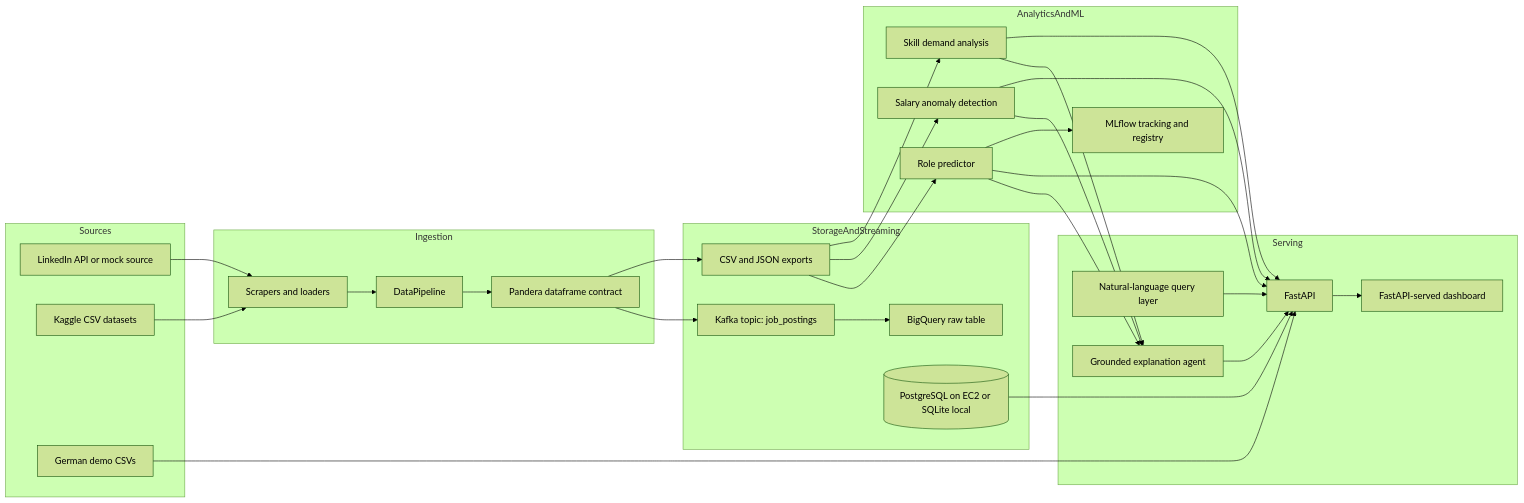
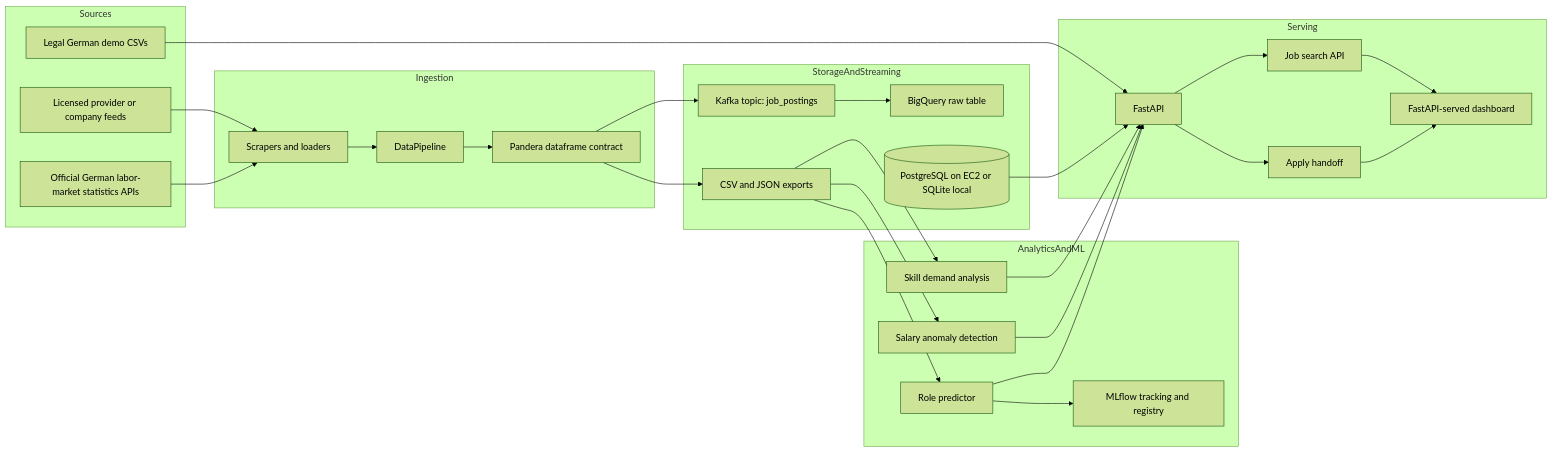
The diagram in README.md (ismail7CAa/job-market-intellegence-platform), drawn with Mermaid (forest theme) before and after one commit. The commit also changed other lines of this file and 4 other files, not shown here.

Commit message:
Document legal German data sourcing strategy

````diff
--- a/README.md
+++ b/README.md
@@ -18,55 +17,51 @@
 ```mermaid
 flowchart LR
     subgraph Sources
-        LI[LinkedIn API or mock source]
-        KG[Kaggle CSV datasets]
-        CSV[German demo CSVs]
+        CSV[Legal German demo CSVs]
+        LP[Licensed provider or company feeds]
+        BA[Official German labor-market statistics APIs]
     end
 
     subgraph Ingestion
         SCR[Scrapers and loaders]
         PIPE[DataPipeline]
         SCHEMA[Pandera dataframe contract]
     end
 
     subgraph StorageAndStreaming
         FILES[CSV and JSON exports]
         KAFKA[Kafka topic: job_postings]
         BQ[BigQuery raw table]
         DB[(PostgreSQL on EC2 or SQLite local)]
     end
 
     subgraph AnalyticsAndML
         SKILL[Skill demand analysis]
         SALARY[Salary anomaly detection]
         ROLE[Role predictor]
         MLFLOW[MLflow tracking and registry]
     end
 
     subgraph Serving
         API[FastAPI]
         WEB[FastAPI-served dashboard]
-        NLP[Natural-language query layer]
-        AGENT[Grounded explanation agent]
+        SEARCH[Job search API]
+        APPLY[Apply handoff]
     end
 
-    LI --> SCR
-    KG --> SCR
+    LP --> SCR
+    BA --> SCR
     CSV --> API
     SCR --> PIPE --> SCHEMA
     SCHEMA --> FILES
     SCHEMA --> KAFKA --> BQ
     DB --> API
     FILES --> SKILL
     FILES --> SALARY
     FILES --> ROLE --> MLFLOW
     SKILL --> API
     SALARY --> API
     ROLE --> API
-    API --> WEB
-    SKILL --> AGENT
-    SALARY --> AGENT
-    ROLE --> AGENT
-    NLP --> API
-    AGENT --> API
+    API --> SEARCH --> WEB
+    API --> APPLY --> WEB
 ```
````
